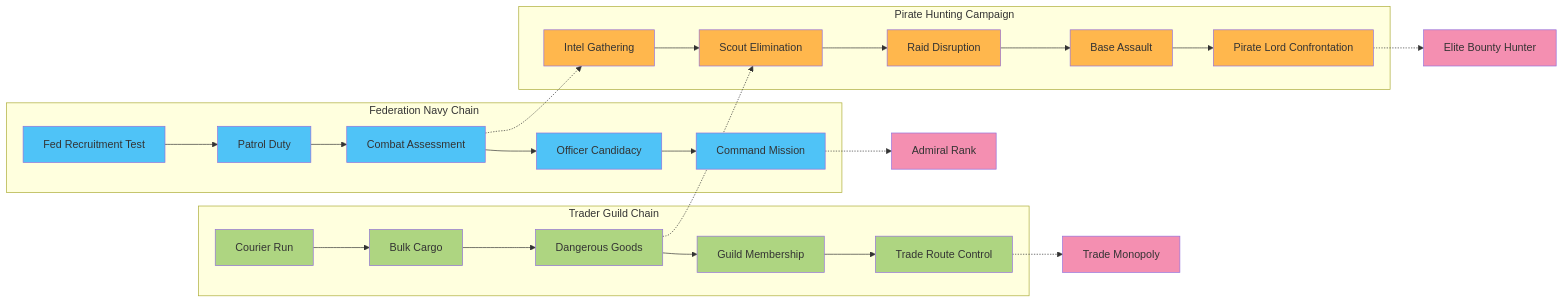
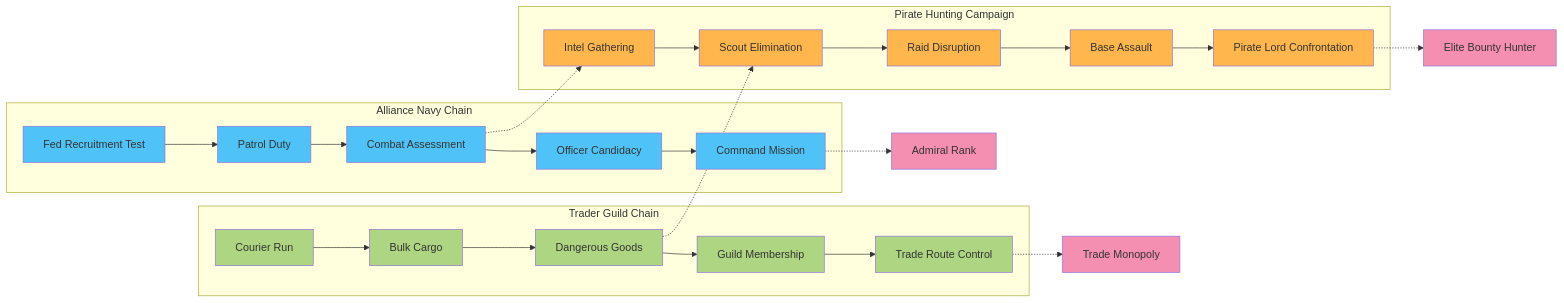
The ninth of 20 diagrams in docs/mission_system_implementation_plan_updated.md (thoracle/planetz), drawn with Mermaid before and after one commit. The commit also changed other lines of this file and 4 other files, not shown here.

````diff
--- a/docs/mission_system_implementation_plan_updated.md
+++ b/docs/mission_system_implementation_plan_updated.md
@@ -920,46 +920,46 @@
 ```mermaid
 graph LR
-    subgraph "Federation Navy Chain"
+    subgraph "Alliance Navy Chain"
         F1[Fed Recruitment Test]
         F2[Patrol Duty]
         F3[Combat Assessment]
         F4[Officer Candidacy]
         F5[Command Mission]
     end
     
     subgraph "Trader Guild Chain"
         T1[Courier Run]
         T2[Bulk Cargo]
         T3[Dangerous Goods]
         T4[Guild Membership]
         T5[Trade Route Control]
     end
     
     subgraph "Pirate Hunting Campaign"
         P1[Intel Gathering]
         P2[Scout Elimination]
         P3[Raid Disruption]
         P4[Base Assault]
         P5[Pirate Lord Confrontation]
     end
     
     F1 --> F2 --> F3 --> F4 --> F5
     T1 --> T2 --> T3 --> T4 --> T5
     P1 --> P2 --> P3 --> P4 --> P5
     
     F3 -.-> P1
     T3 -.-> P2
     F5 -.-> ADMIRAL[Admiral Rank]
     T5 -.-> MONOPOLY[Trade Monopoly]
     P5 -.-> BOUNTY[Elite Bounty Hunter]
     
     classDef federation fill:#4fc3f7
     classDef trader fill:#aed581
     classDef pirate fill:#ffb74d
     classDef reward fill:#f48fb1
     
     class F1,F2,F3,F4,F5 federation
     class T1,T2,T3,T4,T5 trader
     class P1,P2,P3,P4,P5 pirate
     class ADMIRAL,MONOPOLY,BOUNTY reward
 ```
````
